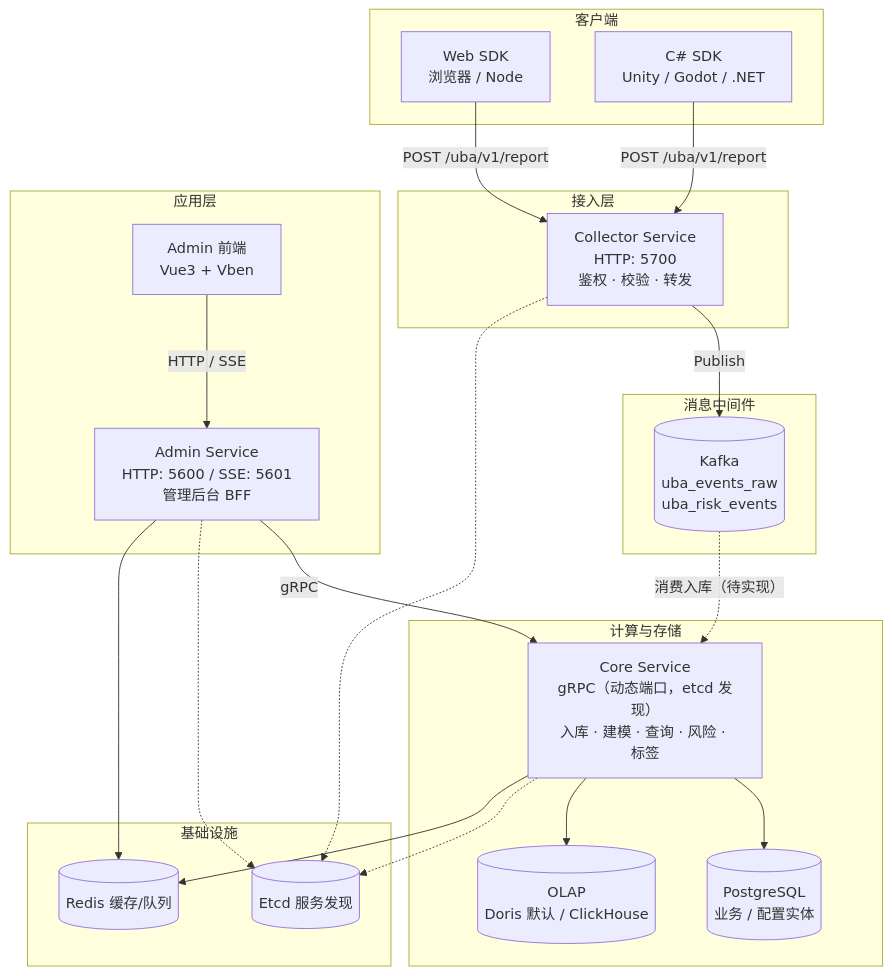
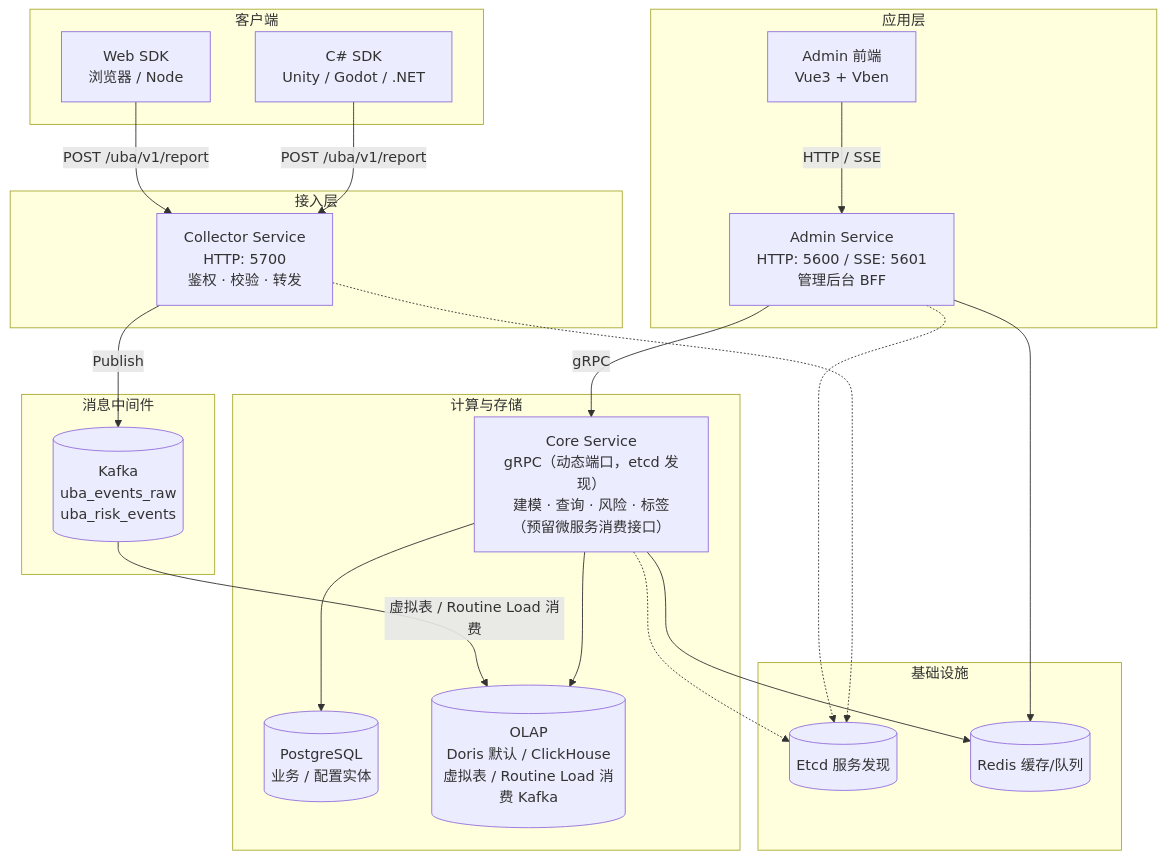
The diagram in docs/uba/architecture.md (tx7do/gowind-website), drawn with Mermaid before and after one commit. The commit also changed other lines of this file and 38 other files, not shown here.

````diff
--- a/docs/uba/architecture.md
+++ b/docs/uba/architecture.md
@@ -11,45 +11,45 @@
 ```mermaid
 graph TB
     subgraph 客户端
         WebSDK["Web SDK<br/>浏览器 / Node"]
         CSSDK["C# SDK<br/>Unity / Godot / .NET"]
     end
 
     subgraph 接入层
         Collector["Collector Service<br/>HTTP: 5700<br/>鉴权 · 校验 · 转发"]
     end
 
     subgraph 消息中间件
         Kafka[("Kafka<br/>uba_events_raw<br/>uba_risk_events")]
     end
 
     subgraph 计算与存储
-        Core["Core Service<br/>gRPC（动态端口，etcd 发现）<br/>入库 · 建模 · 查询 · 风险 · 标签"]
+        Core["Core Service<br/>gRPC（动态端口，etcd 发现）<br/>建模 · 查询 · 风险 · 标签<br/>（预留微服务消费接口）"]
         PG[("PostgreSQL<br/>业务 / 配置实体")]
-        OLAP[("OLAP<br/>Doris 默认 / ClickHouse")]
+        OLAP[("OLAP<br/>Doris 默认 / ClickHouse<br/>虚拟表 / Routine Load 消费 Kafka")]
     end
 
     subgraph 应用层
         Admin["Admin Service<br/>HTTP: 5600 / SSE: 5601<br/>管理后台 BFF"]
         Frontend["Admin 前端<br/>Vue3 + Vben"]
     end
 
     subgraph 基础设施
         Etcd[(Etcd 服务发现)]
         Redis[(Redis 缓存/队列)]
     end
 
     WebSDK -->|"POST /uba/v1/report"| Collector
     CSSDK -->|"POST /uba/v1/report"| Collector
     Collector -->|"Publish"| Kafka
-    Kafka -.->|"消费入库（待实现）"| Core
+    Kafka -->|"虚拟表 / Routine Load 消费"| OLAP
     Core --> PG
     Core --> OLAP
     Frontend -->|"HTTP / SSE"| Admin
     Admin -->|"gRPC"| Core
     Core -.-> Etcd
     Admin -.-> Etcd
     Collector -.-> Etcd
     Core --> Redis
     Admin --> Redis
 ```
````
